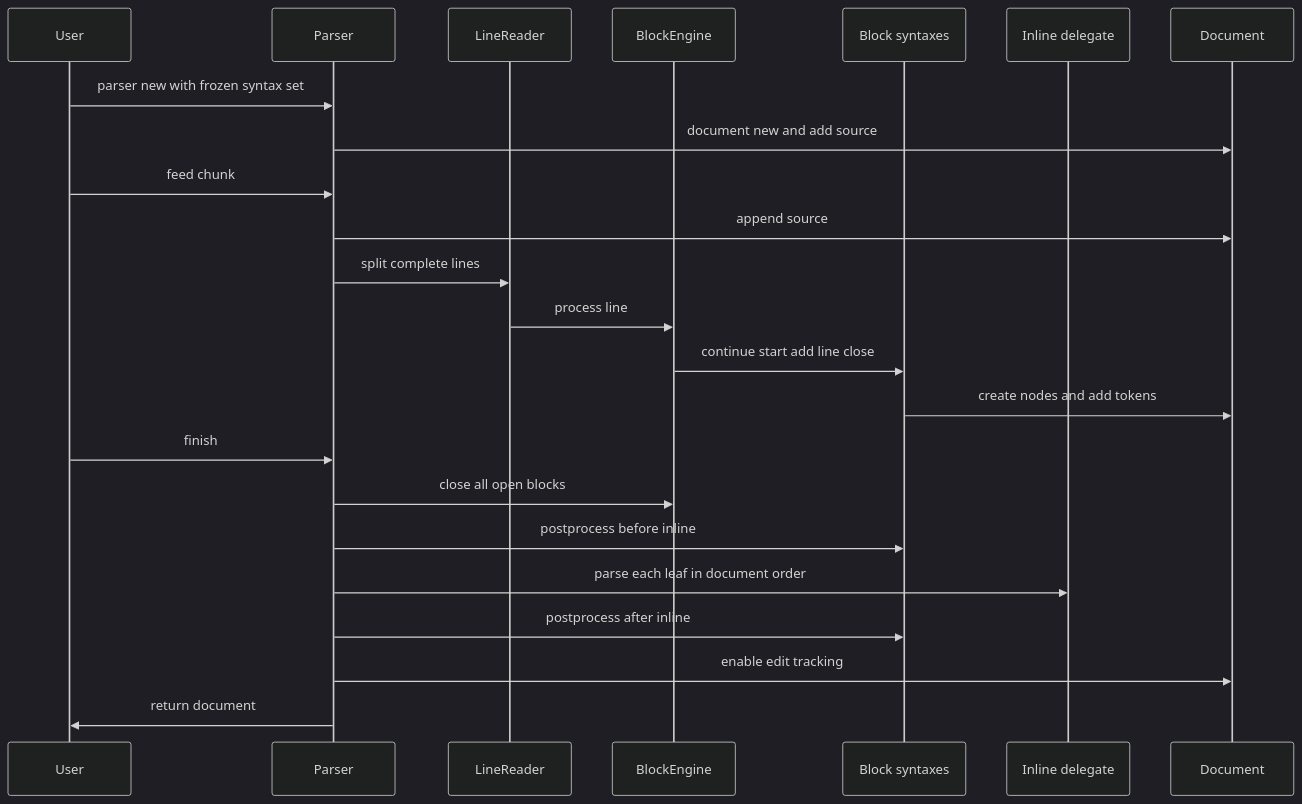
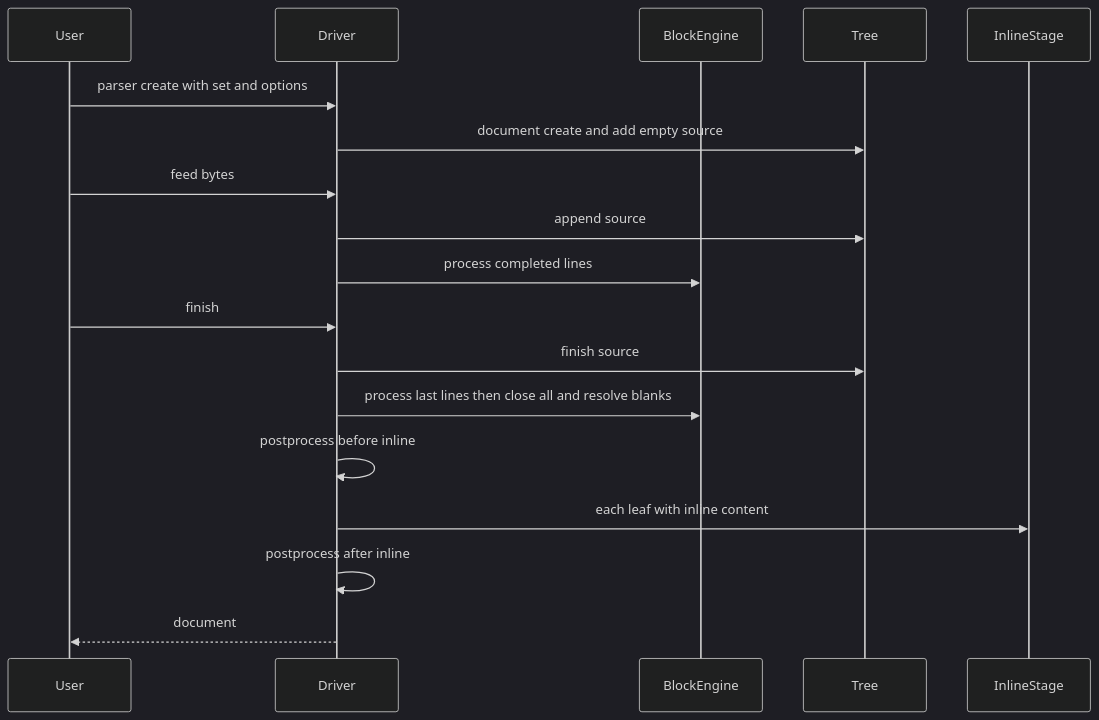
Before and after one commit to ktdevx/amark-private2: the second of 5 diagrams in .kiro/specs/block-parser/design.md, drawn with Mermaid (dark theme). The commit also changed other lines of this file and 6 other files, not shown here.

First line of the commit message:
docs(block-parser): 新しい構文木のモデルで spec を作り直す

````diff
--- a/.kiro/specs/block-parser/design.md
+++ b/.kiro/specs/block-parser/design.md
@@ -263,25 +210,20 @@
 ```mermaid
 sequenceDiagram
     participant U as User
-    participant P as Parser
-    participant R as LineReader
+    participant D as Driver
     participant E as BlockEngine
-    participant S as Block syntaxes
-    participant D as Inline delegate
-    participant T as Document
-    U->>P: parser new with frozen syntax set
-    P->>T: document new and add source
-    U->>P: feed chunk
-    P->>T: append source
-    P->>R: split complete lines
-    R->>E: process line
-    E->>S: continue start add line close
-    S->>T: create nodes and add tokens
-    U->>P: finish
-    P->>E: close all open blocks
-    P->>S: postprocess before inline
-    P->>D: parse each leaf in document order
-    P->>S: postprocess after inline
-    P->>T: enable edit tracking
-    P->>U: return document
+    participant T as Tree
+    participant I as InlineStage
+    U->>D: parser create with set and options
+    D->>T: document create and add empty source
+    U->>D: feed bytes
+    D->>T: append source
+    D->>E: process completed lines
+    U->>D: finish
+    D->>T: finish source
+    D->>E: process last lines then close all and resolve blanks
+    D->>D: postprocess before inline
+    D->>I: each leaf with inline content
+    D->>D: postprocess after inline
+    D-->>U: document
 ```
````
